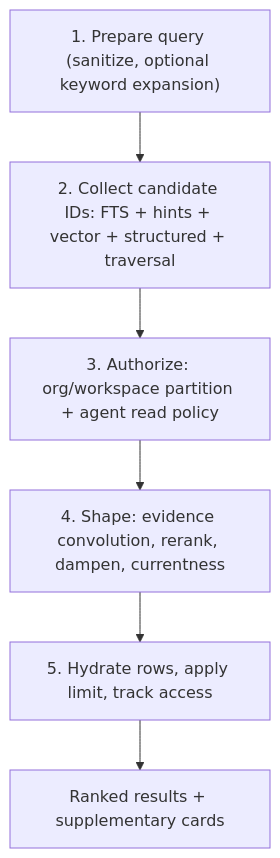
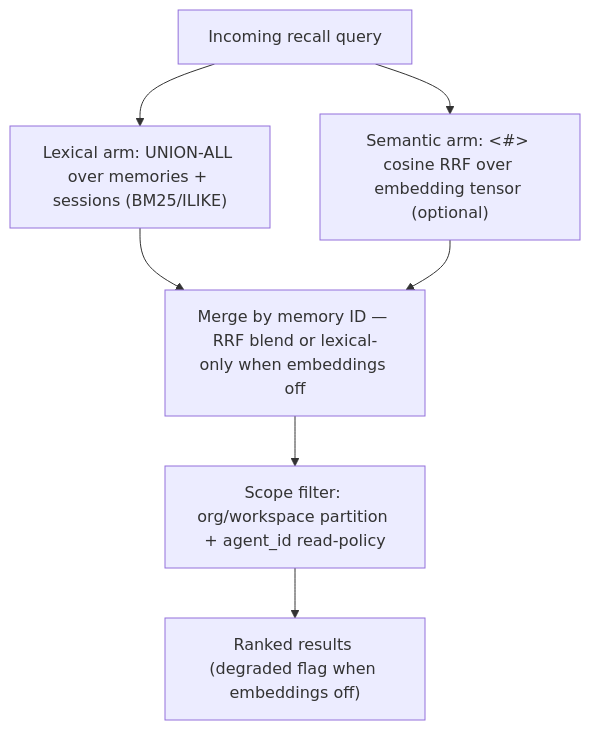
The diagram in library/knowledge/private/ai/retrieval.md (legioncodeinc/honeycomb), drawn with Mermaid before and after one commit. The commit also changed other lines of this file and 8 other files, not shown here.

````diff
--- a/library/knowledge/private/ai/retrieval.md
+++ b/library/knowledge/private/ai/retrieval.md
@@ -21,8 +23,9 @@
 ```mermaid
 flowchart TD
-    prep["1. Prepare query (sanitize, optional keyword expansion)"] --> collect
-    collect["2. Collect candidate IDs: FTS + hints + vector + structured + traversal"] --> auth
-    auth["3. Authorize: org/workspace partition + agent read policy"] --> shape
-    shape["4. Shape: evidence convolution, rerank, dampen, currentness"] --> hydrate
-    hydrate["5. Hydrate rows, apply limit, track access"] --> out["Ranked results + supplementary cards"]
+    query["Incoming recall query"] --> lexical
+    lexical["Lexical arm: UNION-ALL over memories + sessions (BM25/ILIKE)"] --> merge
+    query --> semantic
+    semantic["Semantic arm: <#> cosine RRF over embedding tensor (optional)"] --> merge
+    merge["Merge by memory ID — RRF blend or lexical-only when embeddings off"] --> scope
+    scope["Scope filter: org/workspace partition + agent_id read-policy"] --> out["Ranked results (degraded flag when embeddings off)"]
 ```
````
